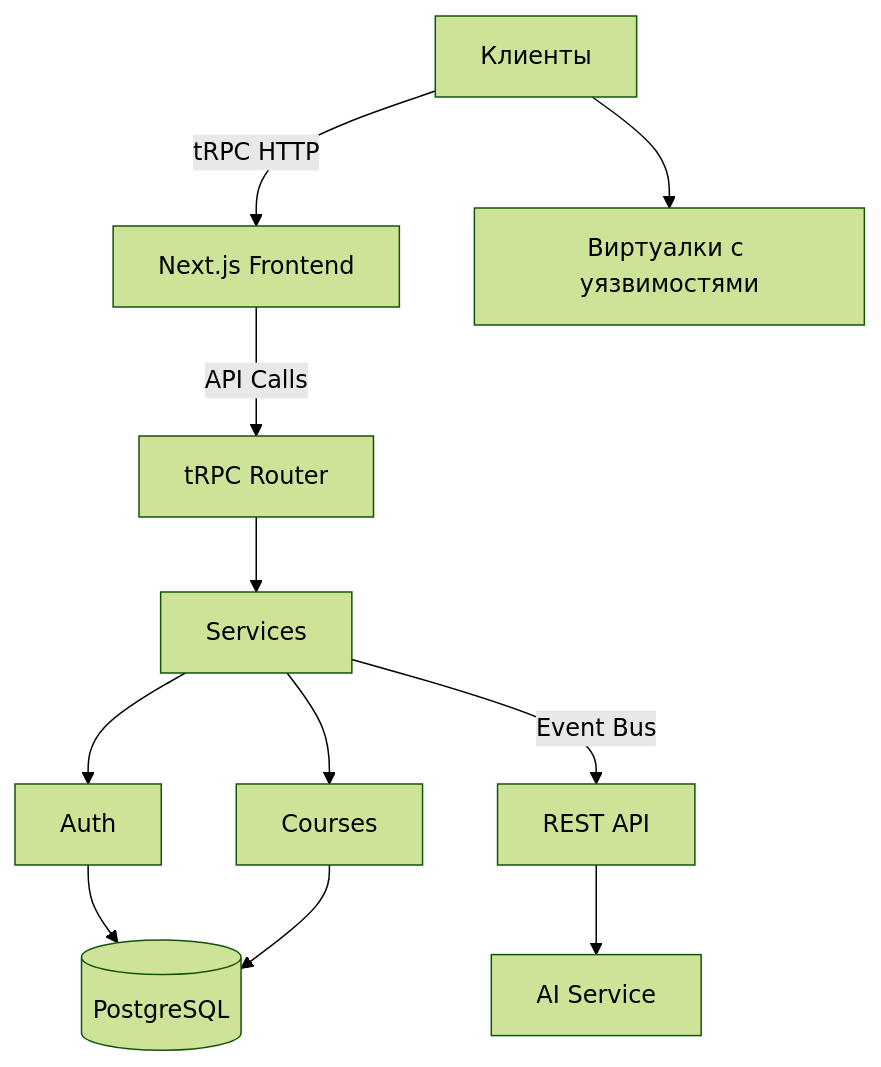
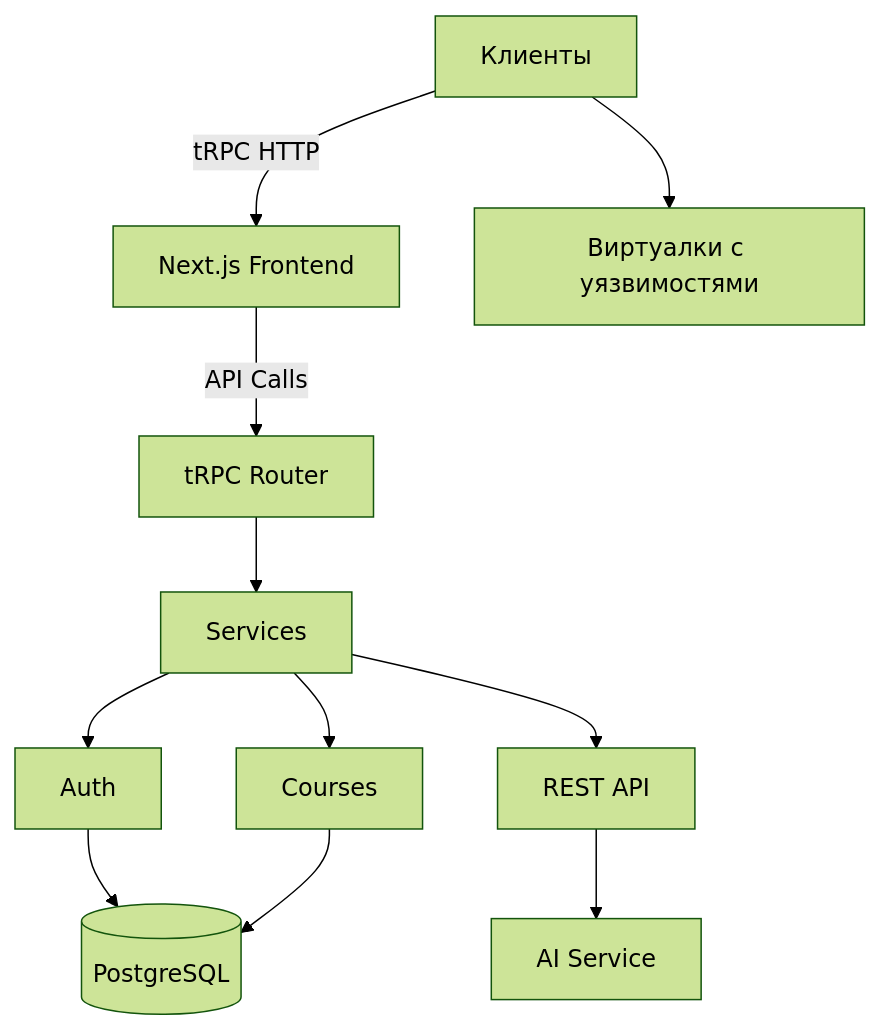
One commit to sqyyqs/nextgen-lms changed the diagram in README.md. Above: the diagram before and after it, drawn with Mermaid (forest theme).

Commit message:
REFACTOR: README

````diff
--- a/README.md
+++ b/README.md
@@ -15,16 +15,16 @@
 ```mermaid
 flowchart TD
     A[Клиенты] -->|tRPC HTTP| B[Next.js Frontend]
     B -->|API Calls| C[tRPC Router]
     C --> D[Services]
     D --> E[Auth]
     D --> F[Courses]
     A --> U[Виртуалки с уязвимостями]
 
 
     E --> I[(PostgreSQL)]
     F --> I
 
-    D -->|Event Bus| O[REST API]
+    D --> O[REST API]
     O --> P[AI Service]
 ```
````
